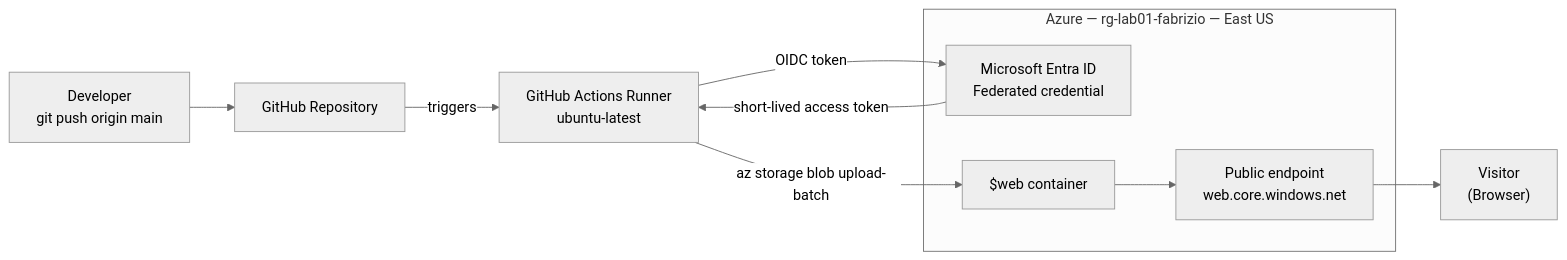
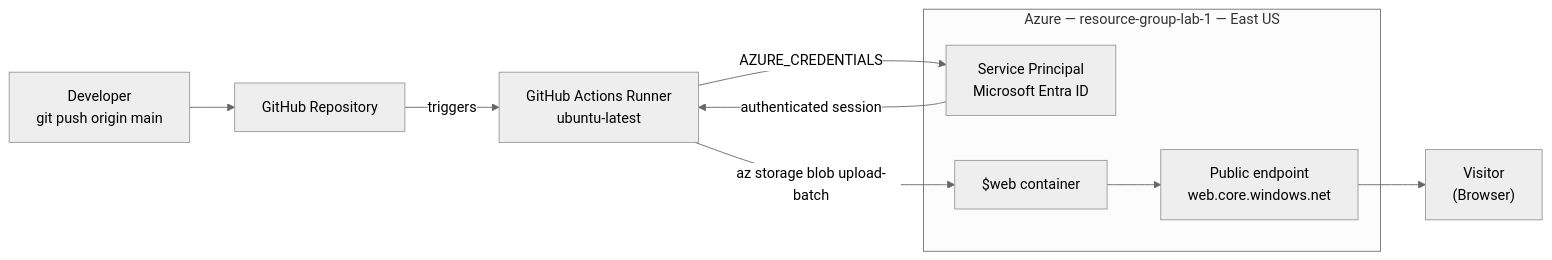
The first of 3 diagrams in README.md (fabrizio-mastrogiovanni/Azure-static-website-github-actions), drawn with Mermaid (neutral theme) before and after one commit. The commit also changed other lines of this file, not shown here.

````diff
--- a/README.md
+++ b/README.md
@@ -41,16 +41,16 @@
 ```mermaid
 flowchart LR
     DEV["Developer<br/>git push origin main"] --> GH["GitHub Repository"]
     GH -->|"triggers"| GA["GitHub Actions Runner<br/>ubuntu-latest"]
-    GA -->|"OIDC token"| ENTRA["Microsoft Entra ID<br/>Federated credential"]
-    ENTRA -->|"short-lived access token"| GA
+    GA -->|"AZURE_CREDENTIALS"| SP["Service Principal<br/>Microsoft Entra ID"]
+    SP -->|"authenticated session"| GA
     GA -->|"az storage blob upload-batch"| WEB["$web container"]
     WEB --> EP["Public endpoint<br/>web.core.windows.net"]
     EP --> USER["Visitor<br/>(Browser)"]
 
-    subgraph AZURE["Azure — rg-lab01-fabrizio — East US"]
-        ENTRA
+    subgraph AZURE["Azure — resource-group-lab-1 — East US"]
+        SP
         WEB
         EP
     end
 ```
````
